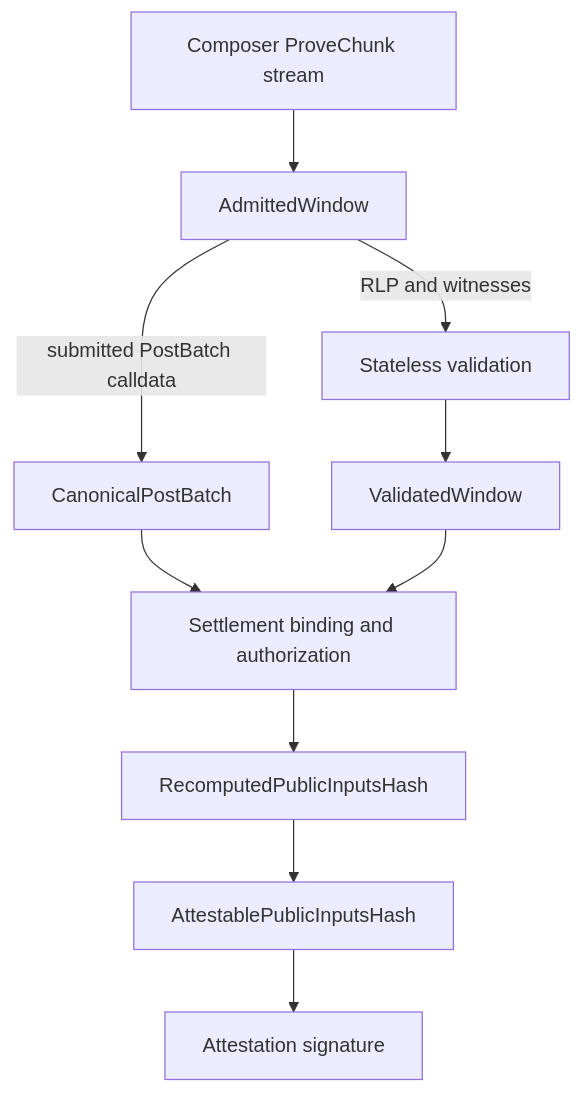
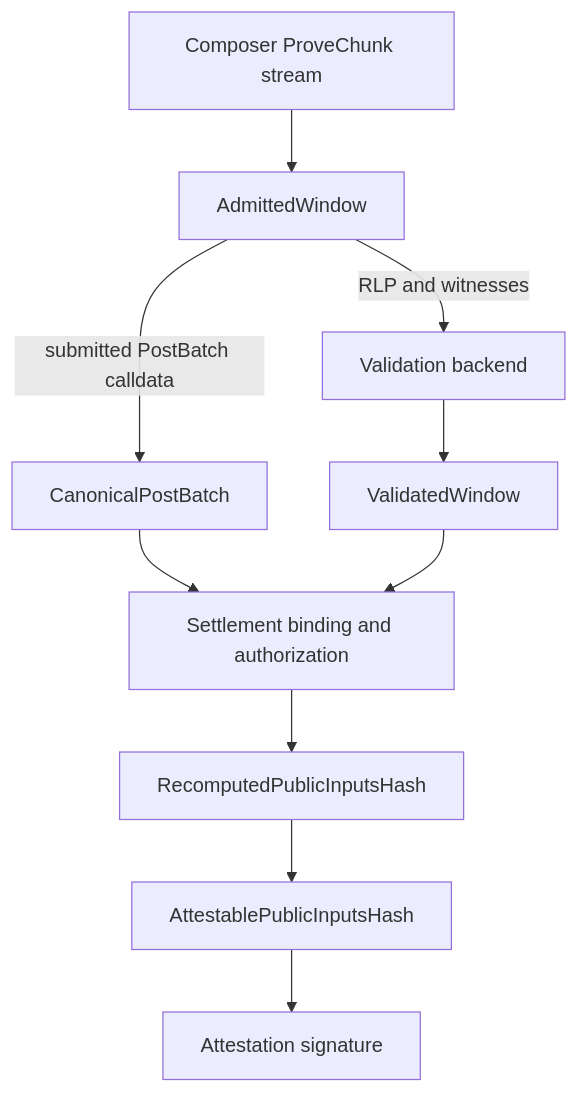
The diagram in crates/eez-proof-signer/docs/data-provenance.md (eez-association/eez-rollup0), drawn with Mermaid before and after one commit. The commit also changed other lines of this file and 89 other files, not shown here.

Commit message:
refactor(prover): split stateless backend from signer service

````diff
--- a/crates/eez-proof-signer/docs/data-provenance.md
+++ b/crates/eez-proof-signer/docs/data-provenance.md
@@ -10,13 +10,13 @@
 ```mermaid
 flowchart TB
     W[Composer ProveChunk stream] --> A[AdmittedWindow]
-    A -->|RLP and witnesses| V[Stateless validation]
+    A -->|RLP and witnesses| V[Validation backend]
     V --> VW[ValidatedWindow]
 
     A -->|submitted PostBatch calldata| C[CanonicalPostBatch]
     C --> B[Settlement binding and authorization]
     VW --> B
     B --> R[RecomputedPublicInputsHash]
     R --> H[AttestablePublicInputsHash]
     H --> S[Attestation signature]
 ```
````
